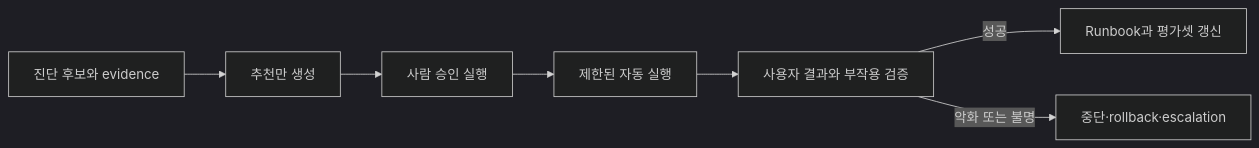
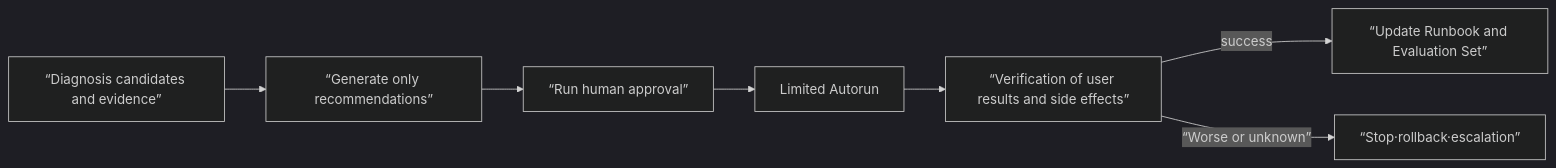
Before and after one commit to nohdol97/nohdol-study: the diagram in docs-site/content/aiops-remediation/00-roadmap.md, drawn with Mermaid (dark theme). The commit also changed other lines of this file and 116 other files, not shown here.

````diff
--- a/docs-site/content/aiops-remediation/00-roadmap.md
+++ b/docs-site/content/aiops-remediation/00-roadmap.md
@@ -22,9 +22,9 @@
 ```mermaid
 flowchart LR
-  D["진단 후보와 evidence"] --> R["추천만 생성"]
-  R --> H["사람 승인 실행"]
-  H --> A["제한된 자동 실행"]
-  A --> V["사용자 결과와 부작용 검증"]
-  V -->|"성공"| L["Runbook과 평가셋 갱신"]
-  V -->|"악화 또는 불명"| B["중단·rollback·escalation"]
+  D[“Diagnosis candidates and evidence”] --> R[“Generate only recommendations”]
+  R --> H[“Run human approval”]
+  H --> A["Limited Autorun"]
+  A --> V[“Verification of user results and side effects”]
+  V -->|"success"| L[“Update Runbook and Evaluation Set”]
+  V -->|“Worse or unknown”| B[“Stop·rollback·escalation”]
 ```
````
